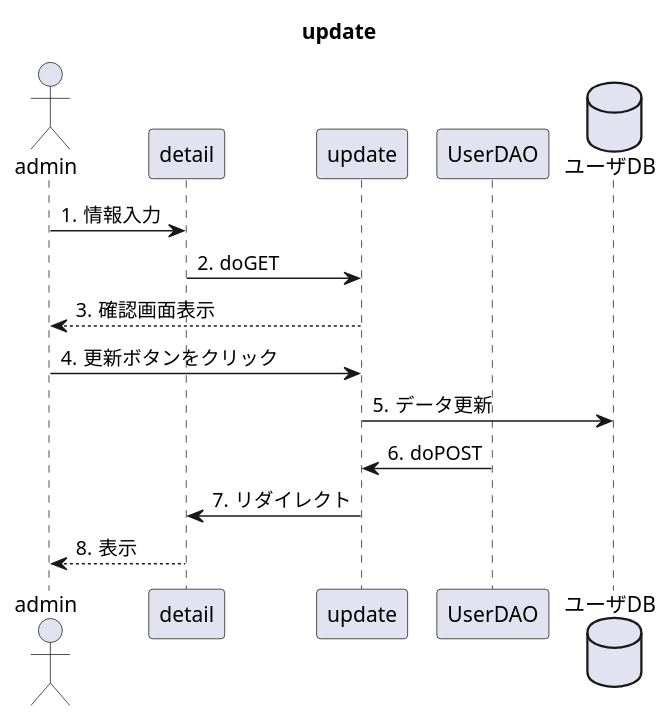
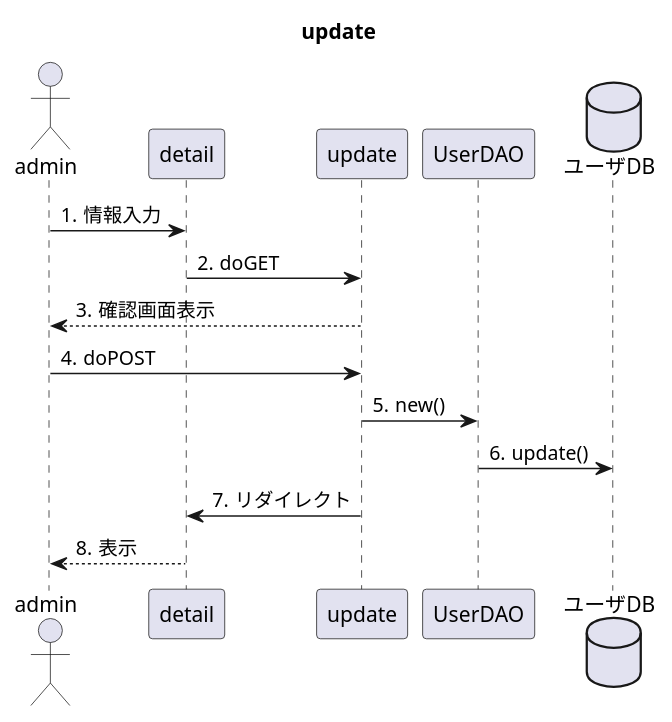
One commit to toufu66/ProjectC changed the diagram in uml_detail/seq_update.pu. Above: the diagram before and after it, drawn with PlantUML.

Commit message:
軽微な修正

```diff
--- a/uml_detail/seq_update.pu
+++ b/uml_detail/seq_update.pu
@@ -1,21 +1,22 @@
 @startuml
 title update
 
 autonumber "#."
 
 actor admin
 participant detail
 participant update
 participant UserDAO
 database ユーザDB
 
 
 admin -> detail:情報入力
 detail -> update:doGET
 update --> admin:確認画面表示
-admin ->update:更新ボタンをクリック
-update -> ユーザDB:データ更新
-UserDAO -> update:doPOST
+admin ->update:doPOST
+update -> UserDAO:new()
+UserDAO -> ユーザDB:update()
+
 update -> detail:リダイレクト
 detail --> admin:表示
 @enduml
```
